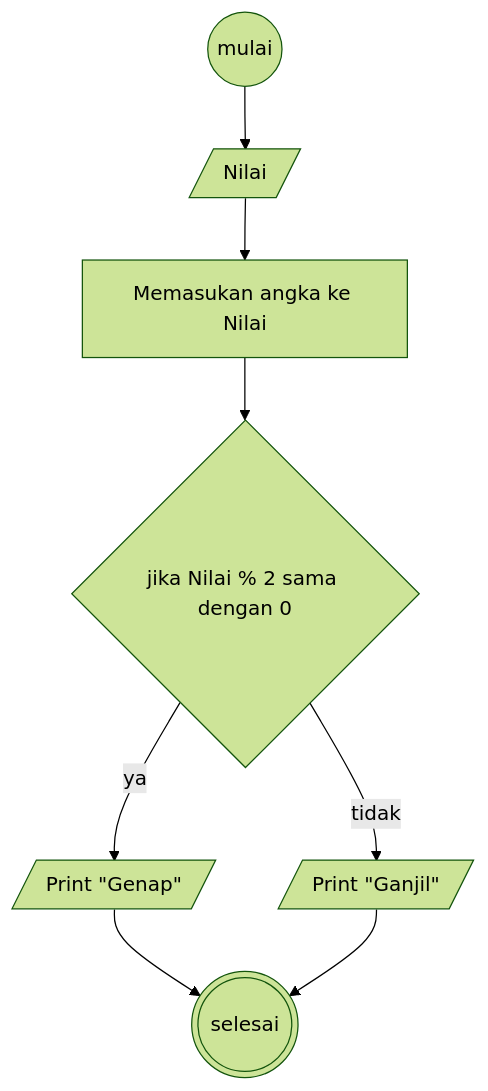
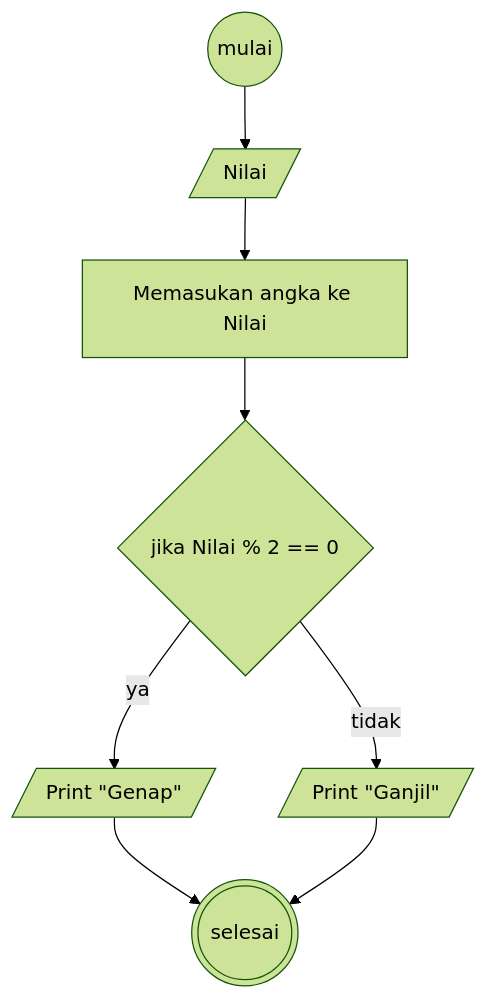
The diagram in README.md (daberpro/koda-b10-algoritma), drawn with Mermaid (forest theme) before and after one commit. The commit also changed other lines of this file, not shown here.

````diff
--- a/README.md
+++ b/README.md
@@ -20,21 +20,21 @@
 ```mermaid
 
 flowchart TB
     Start((mulai))
     Nilai[/Nilai/]
     Assign[Memasukan angka ke Nilai]
-    Kondisi{jika Nilai % 2 sama dengan 0}
+    Kondisi{jika Nilai % 2 == 0}
     P2_1[/Print "Genap"/]
     P2_2[/Print "Ganjil"/]
     End(((selesai)))
 
     Start --> Nilai
     Nilai --> Assign
     Assign --> Kondisi
     Kondisi --> |ya| P2_1
     Kondisi --> |tidak| P2_2
 
     P2_1 --> End
     P2_2 --> End
 
 ```
````
